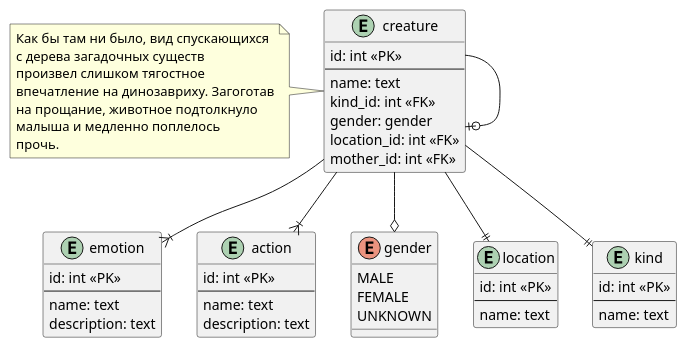
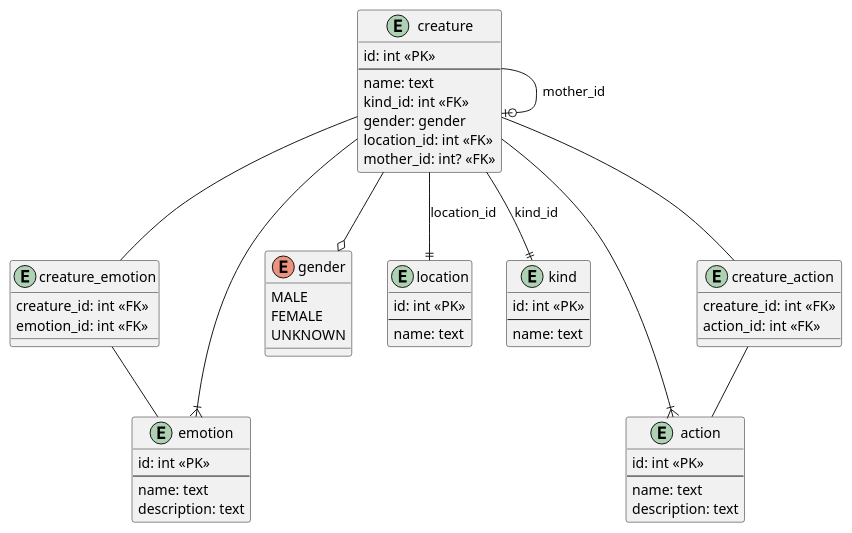
The diagram in doc/lab-1/fig/entity.puml (vityaman-edu/db-labs-basic), drawn with PlantUML before and after one commit. The commit also changed 6 other files, not shown here.

Commit message:
[lab][1][doc] edited ER-Diagrams

```diff
--- a/doc/lab-1/fig/entity.puml
+++ b/doc/lab-1/fig/entity.puml
@@ -1,62 +1,69 @@
 @startuml Lab 1 Entity-Relation Diagram
 
 entity creature {
     id: int <<PK>>
     --
     name: text
     kind_id: int <<FK>>
     gender: gender
     location_id: int <<FK>>
-    mother_id: int <<FK>>
+    mother_id: int? <<FK>>
 }
 
 entity emotion {
     id: int <<PK>>
     --
     name: text
     description: text
 }
 
 entity action {
     id: int <<PK>>
     --
     name: text
     description: text
 }
 
 enum gender {
     MALE
     FEMALE
     UNKNOWN
 }
 
 entity location {
     id: int <<PK>>
     --
     name: text
 }
 
 entity kind {
     id: int <<PK>>
     --
     name: text
 }
 
-creature --||kind
+entity creature_emotion {
+    creature_id: int <<FK>>
+    emotion_id: int <<FK>>
+}
+
+entity creature_action {
+    creature_id: int <<FK>>
+    action_id: int <<FK>>
+}
+
+creature --||kind : kind_id
+creature --||location : location_id
+creature --o| creature : mother_id
+
+creature --|{ emotion
+creature -- creature_emotion
+creature_emotion -- emotion
+
+creature --|{ action
+creature -- creature_action
+creature_action -- action
+
 creature --o gender
-creature --||location
-creature --|{ emotion
-creature --|{ action
-creature --o| creature
-
-note left of creature
-  Как бы там ни было, вид спускающихся 
-  с дерева загадочных существ
-  произвел слишком тягостное 
-  впечатление на динозавриху. Загоготав
-  на прощание, животное подтолкнуло 
-  малыша и медленно поплелось
-  прочь. 
-end note
 
 @enduml
```
